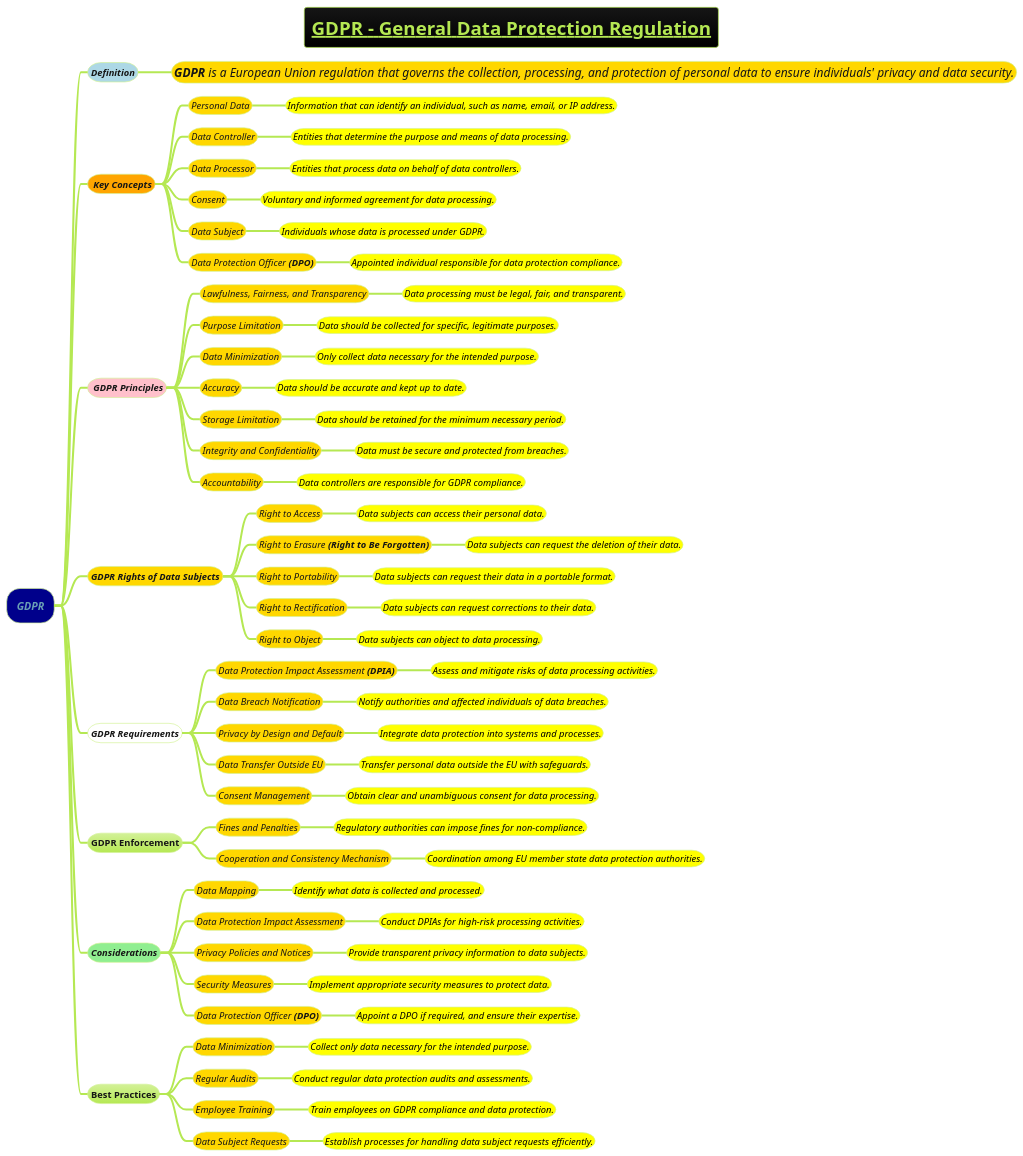
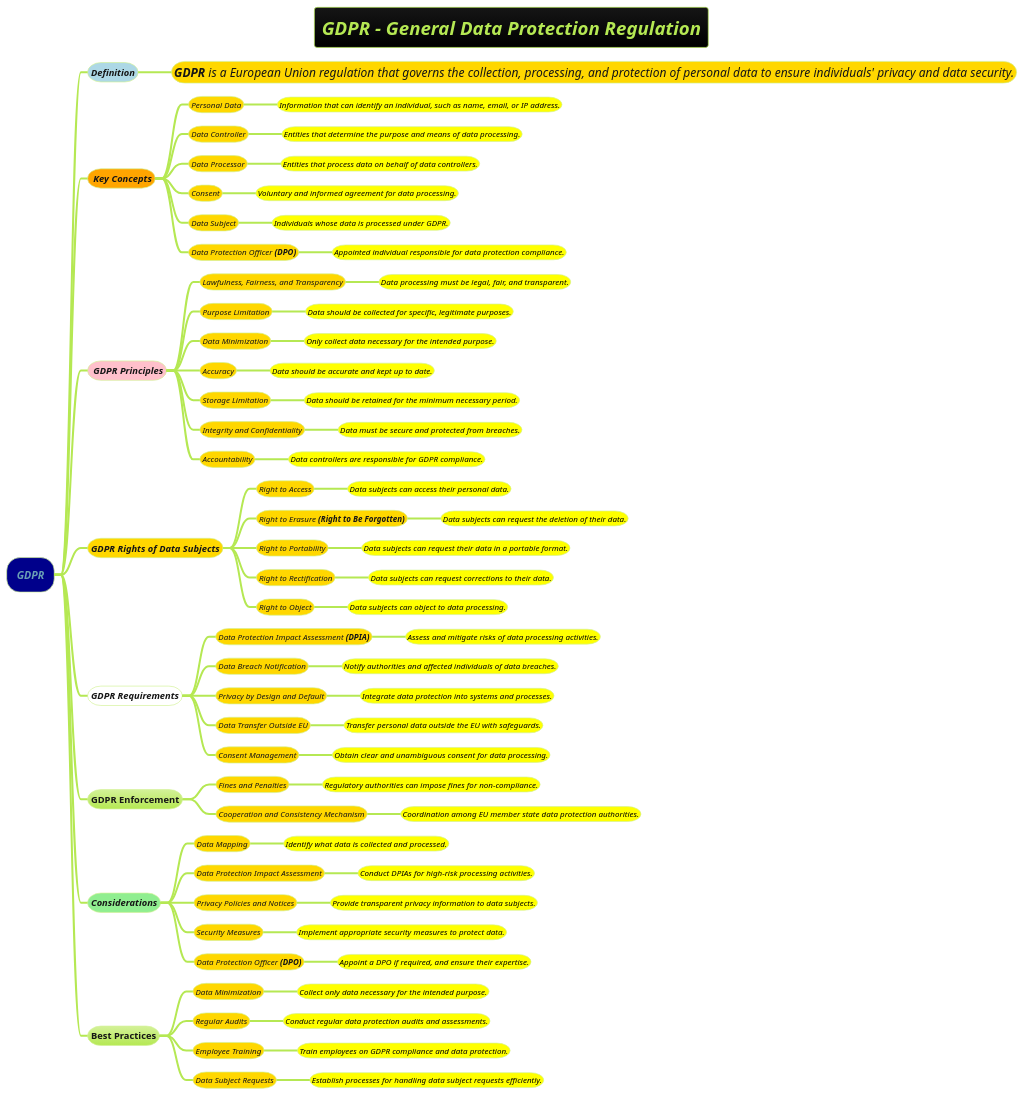
The diagram in docs/AI-ML-DL-Data-Science-and-BigData/data-science/data-engineering/GDPR.puml (MehmoodHashmi/Documentation-as-Code-DaC), drawn with PlantUML before and after one commit. The commit also changed 2 other files, not shown here.

```diff
--- a/docs/AI-ML-DL-Data-Science-and-BigData/data-science/data-engineering/GDPR.puml
+++ b/docs/AI-ML-DL-Data-Science-and-BigData/data-science/data-engineering/GDPR.puml
@@ -1,92 +1,92 @@
 @startmindmap
-title =__GDPR - General Data Protection Regulation__
+title =<i>GDPR - General Data Protection Regulation
 !theme hacker
 
 *[#darkblue] <i>GDPR
 **[#lightblue] <i>Definition
 ***[#gold] <i><size:18>**GDPR** is a European Union regulation that governs the collection, processing, and protection of personal data to ensure individuals' privacy and data security.
 
 **[#orange] <i> Key Concepts
-***[#gold] <i><size:14>Personal Data
-****[#yellow] <color #black><i><size:14>Information that can identify an individual, such as name, email, or IP address.
-***[#gold] <i><size:14>Data Controller
-****[#yellow] <color #black><i><size:14>Entities that determine the purpose and means of data processing.
-***[#gold] <i><size:14>Data Processor
-****[#yellow] <color #black><i><size:14>Entities that process data on behalf of data controllers.
-***[#gold] <i><size:14>Consent
-****[#yellow] <color #black><i><size:14>Voluntary and informed agreement for data processing.
-***[#gold] <i><size:14>Data Subject
-****[#yellow] <color #black><i><size:14>Individuals whose data is processed under GDPR.
-***[#gold] <i><size:14>Data Protection Officer **(DPO)**
-****[#yellow] <color #black><i><size:14>Appointed individual responsible for data protection compliance.
+***[#gold] <i><size:12>Personal Data
+****[#yellow] <color #black><i><size:12>Information that can identify an individual, such as name, email, or IP address.
+***[#gold] <i><size:12>Data Controller
+****[#yellow] <color #black><i><size:12>Entities that determine the purpose and means of data processing.
+***[#gold] <i><size:12>Data Processor
+****[#yellow] <color #black><i><size:12>Entities that process data on behalf of data controllers.
+***[#gold] <i><size:12>Consent
+****[#yellow] <color #black><i><size:12>Voluntary and informed agreement for data processing.
+***[#gold] <i><size:12>Data Subject
+****[#yellow] <color #black><i><size:12>Individuals whose data is processed under GDPR.
+***[#gold] <i><size:12>Data Protection Officer **(DPO)**
+****[#yellow] <color #black><i><size:12>Appointed individual responsible for data protection compliance.
 
 **[#pink] <i> GDPR Principles
-***[#gold] <i><size:14>Lawfulness, Fairness, and Transparency
-****[#yellow] <color #black><i><size:14>Data processing must be legal, fair, and transparent.
-***[#gold] <i><size:14>Purpose Limitation
-****[#yellow] <color #black><i><size:14>Data should be collected for specific, legitimate purposes.
-***[#gold] <i><size:14>Data Minimization
-****[#yellow] <color #black><i><size:14>Only collect data necessary for the intended purpose.
-***[#gold] <i><size:14>Accuracy
-****[#yellow] <color #black><i><size:14>Data should be accurate and kept up to date.
-***[#gold] <i><size:14>Storage Limitation
-****[#yellow] <color #black><i><size:14>Data should be retained for the minimum necessary period.
-***[#gold] <i><size:14>Integrity and Confidentiality
-****[#yellow] <color #black><i><size:14>Data must be secure and protected from breaches.
-***[#gold] <i><size:14>Accountability
-****[#yellow] <color #black><i><size:14>Data controllers are responsible for GDPR compliance.
+***[#gold] <i><size:12>Lawfulness, Fairness, and Transparency
+****[#yellow] <color #black><i><size:12>Data processing must be legal, fair, and transparent.
+***[#gold] <i><size:12>Purpose Limitation
+****[#yellow] <color #black><i><size:12>Data should be collected for specific, legitimate purposes.
+***[#gold] <i><size:12>Data Minimization
+****[#yellow] <color #black><i><size:12>Only collect data necessary for the intended purpose.
+***[#gold] <i><size:12>Accuracy
+****[#yellow] <color #black><i><size:12>Data should be accurate and kept up to date.
+***[#gold] <i><size:12>Storage Limitation
+****[#yellow] <color #black><i><size:12>Data should be retained for the minimum necessary period.
+***[#gold] <i><size:12>Integrity and Confidentiality
+****[#yellow] <color #black><i><size:12>Data must be secure and protected from breaches.
+***[#gold] <i><size:12>Accountability
+****[#yellow] <color #black><i><size:12>Data controllers are responsible for GDPR compliance.
 
 **[#gold] <i>GDPR Rights of Data Subjects
-***[#gold] <i><size:14>Right to Access
-****[#yellow] <color #black><i><size:14>Data subjects can access their personal data.
-***[#gold] <i><size:14>Right to Erasure **(Right to Be Forgotten)**
-****[#yellow] <color #black><i><size:14>Data subjects can request the deletion of their data.
-***[#gold] <i><size:14>Right to Portability
-****[#yellow] <color #black><i><size:14>Data subjects can request their data in a portable format.
-***[#gold] <i><size:14>Right to Rectification
-****[#yellow] <color #black><i><size:14>Data subjects can request corrections to their data.
-***[#gold] <i><size:14>Right to Object
-****[#yellow] <color #black><i><size:14>Data subjects can object to data processing.
+***[#gold] <i><size:12>Right to Access
+****[#yellow] <color #black><i><size:12>Data subjects can access their personal data.
+***[#gold] <i><size:12>Right to Erasure **(Right to Be Forgotten)**
+****[#yellow] <color #black><i><size:12>Data subjects can request the deletion of their data.
+***[#gold] <i><size:12>Right to Portability
+****[#yellow] <color #black><i><size:12>Data subjects can request their data in a portable format.
+***[#gold] <i><size:12>Right to Rectification
+****[#yellow] <color #black><i><size:12>Data subjects can request corrections to their data.
+***[#gold] <i><size:12>Right to Object
+****[#yellow] <color #black><i><size:12>Data subjects can object to data processing.
 
 **[#white] <i>GDPR Requirements
-***[#gold] <i><size:14>Data Protection Impact Assessment **(DPIA)**
-****[#yellow] <color #black><i><size:14>Assess and mitigate risks of data processing activities.
-***[#gold] <i><size:14>Data Breach Notification
-****[#yellow] <color #black><i><size:14>Notify authorities and affected individuals of data breaches.
-***[#gold] <i><size:14>Privacy by Design and Default
-****[#yellow] <color #black><i><size:14>Integrate data protection into systems and processes.
-***[#gold] <i><size:14>Data Transfer Outside EU
-****[#yellow] <color #black><i><size:14>Transfer personal data outside the EU with safeguards.
-***[#gold] <i><size:14>Consent Management
-****[#yellow] <color #black><i><size:14>Obtain clear and unambiguous consent for data processing.
+***[#gold] <i><size:12>Data Protection Impact Assessment **(DPIA)**
+****[#yellow] <color #black><i><size:12>Assess and mitigate risks of data processing activities.
+***[#gold] <i><size:12>Data Breach Notification
+****[#yellow] <color #black><i><size:12>Notify authorities and affected individuals of data breaches.
+***[#gold] <i><size:12>Privacy by Design and Default
+****[#yellow] <color #black><i><size:12>Integrate data protection into systems and processes.
+***[#gold] <i><size:12>Data Transfer Outside EU
+****[#yellow] <color #black><i><size:12>Transfer personal data outside the EU with safeguards.
+***[#gold] <i><size:12>Consent Management
+****[#yellow] <color #black><i><size:12>Obtain clear and unambiguous consent for data processing.
 
 ** GDPR Enforcement
-***[#gold] <i><size:14>Fines and Penalties
-****[#yellow] <color #black><i><size:14>Regulatory authorities can impose fines for non-compliance.
-***[#gold] <i><size:14>Cooperation and Consistency Mechanism
-****[#yellow] <color #black><i><size:14>Coordination among EU member state data protection authorities.
+***[#gold] <i><size:12>Fines and Penalties
+****[#yellow] <color #black><i><size:12>Regulatory authorities can impose fines for non-compliance.
+***[#gold] <i><size:12>Cooperation and Consistency Mechanism
+****[#yellow] <color #black><i><size:12>Coordination among EU member state data protection authorities.
 
 **[#lightgreen] <i>Considerations
-***[#gold] <i><size:14>Data Mapping
-****[#yellow] <color #black><i><size:14>Identify what data is collected and processed.
-***[#gold] <i><size:14>Data Protection Impact Assessment
-****[#yellow] <color #black><i><size:14>Conduct DPIAs for high-risk processing activities.
-***[#gold] <i><size:14>Privacy Policies and Notices
-****[#yellow] <color #black><i><size:14>Provide transparent privacy information to data subjects.
-***[#gold] <i><size:14>Security Measures
-****[#yellow] <color #black><i><size:14>Implement appropriate security measures to protect data.
+***[#gold] <i><size:12>Data Mapping
+****[#yellow] <color #black><i><size:12>Identify what data is collected and processed.
+***[#gold] <i><size:12>Data Protection Impact Assessment
+****[#yellow] <color #black><i><size:12>Conduct DPIAs for high-risk processing activities.
+***[#gold] <i><size:12>Privacy Policies and Notices
+****[#yellow] <color #black><i><size:12>Provide transparent privacy information to data subjects.
+***[#gold] <i><size:12>Security Measures
+****[#yellow] <color #black><i><size:12>Implement appropriate security measures to protect data.
 
-***[#gold] <i><size:14>Data Protection Officer **(DPO)**
-****[#yellow] <color #black><i><size:14>Appoint a DPO if required, and ensure their expertise.
+***[#gold] <i><size:12>Data Protection Officer **(DPO)**
+****[#yellow] <color #black><i><size:12>Appoint a DPO if required, and ensure their expertise.
 
 ** Best Practices
-***[#gold] <i><size:14>Data Minimization
-****[#yellow] <color #black><i><size:14>Collect only data necessary for the intended purpose.
-***[#gold] <i><size:14>Regular Audits
-****[#yellow] <color #black><i><size:14>Conduct regular data protection audits and assessments.
-***[#gold] <i><size:14>Employee Training
-****[#yellow] <color #black><i><size:14>Train employees on GDPR compliance and data protection.
-***[#gold] <i><size:14>Data Subject Requests
-****[#yellow] <color #black><i><size:14>Establish processes for handling data subject requests efficiently.
+***[#gold] <i><size:12>Data Minimization
+****[#yellow] <color #black><i><size:12>Collect only data necessary for the intended purpose.
+***[#gold] <i><size:12>Regular Audits
+****[#yellow] <color #black><i><size:12>Conduct regular data protection audits and assessments.
+***[#gold] <i><size:12>Employee Training
+****[#yellow] <color #black><i><size:12>Train employees on GDPR compliance and data protection.
+***[#gold] <i><size:12>Data Subject Requests
+****[#yellow] <color #black><i><size:12>Establish processes for handling data subject requests efficiently.
 
 @endmindmap
```
